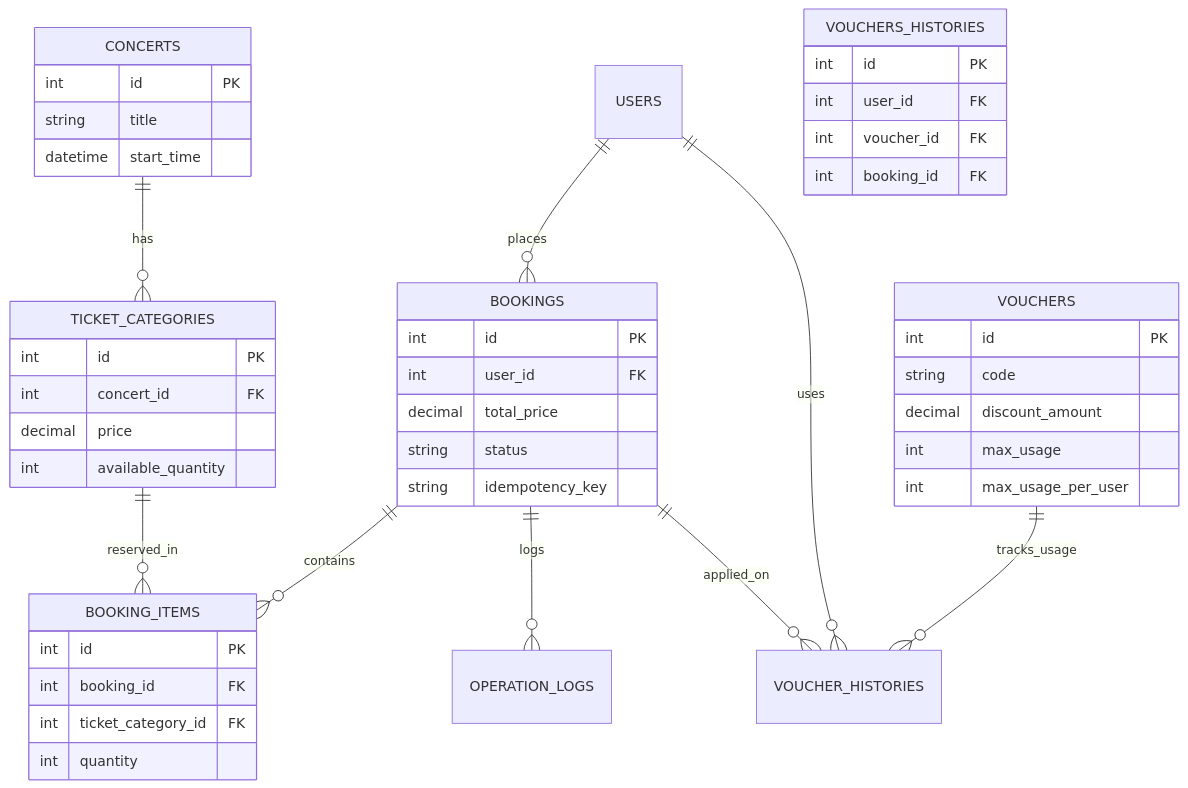
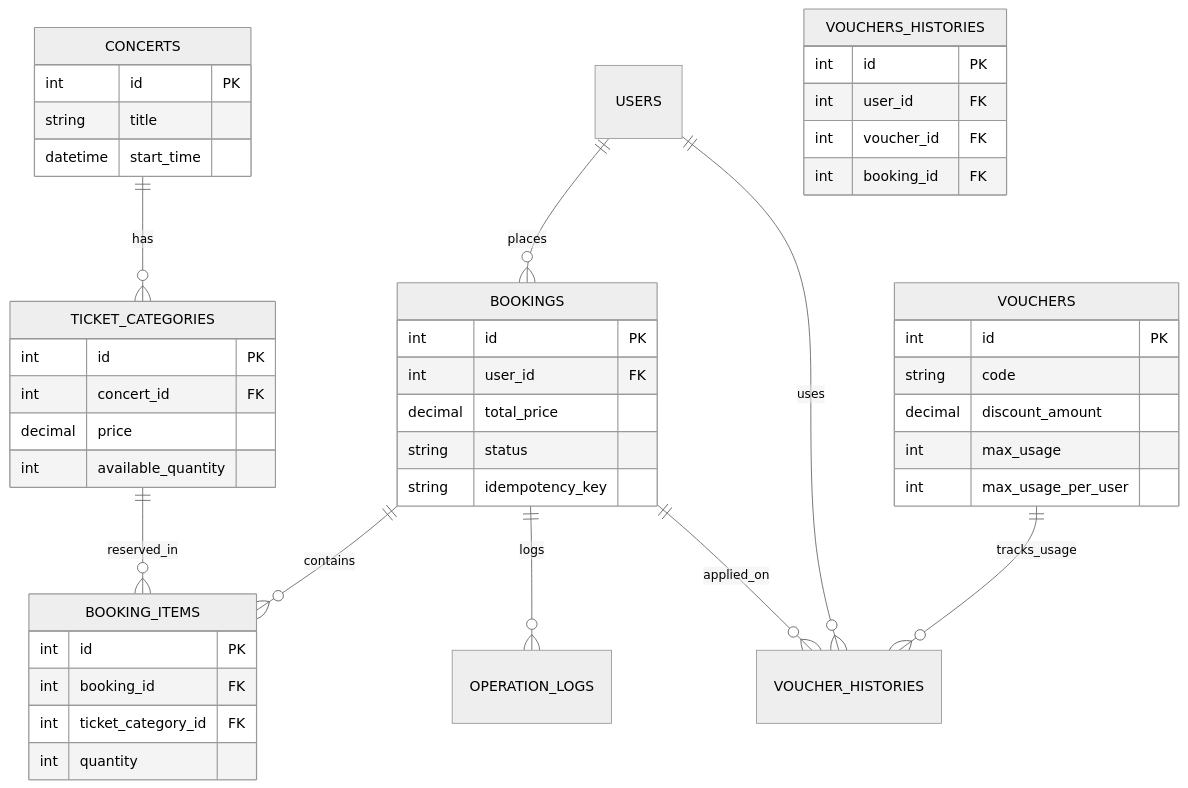
Before and after one commit to trungksdoa/Tech-Assessment: the second of 2 diagrams in README.md, drawn with Mermaid. The commit also changed other lines of this file and 2 other files, not shown here.

Commit message:
change color diagram

````diff
--- a/README.md
+++ b/README.md
@@ -58,54 +59,55 @@
 ```mermaid
+%%{init: {'theme': 'neutral'}}%%
 erDiagram
     CONCERTS ||--o{ TICKET_CATEGORIES : "has"
     USERS ||--o{ BOOKINGS : "places"
     BOOKINGS ||--o{ BOOKING_ITEMS : "contains"
     TICKET_CATEGORIES ||--o{ BOOKING_ITEMS : "reserved_in"
     VOUCHERS ||--o{ VOUCHER_HISTORIES : "tracks_usage"
     USERS ||--o{ VOUCHER_HISTORIES : "uses"
     BOOKINGS ||--o{ VOUCHER_HISTORIES : "applied_on"
     BOOKINGS ||--o{ OPERATION_LOGS : "logs"
 
     CONCERTS {
         int id PK
         string title
         datetime start_time
     }
     
     TICKET_CATEGORIES {
         int id PK
         int concert_id FK
         decimal price
         int available_quantity
     }
     
     BOOKINGS {
         int id PK
         int user_id FK
         decimal total_price
         string status
         string idempotency_key
     }
     
     BOOKING_ITEMS {
         int id PK
         int booking_id FK
         int ticket_category_id FK
         int quantity
     }
     
     VOUCHERS {
         int id PK
         string code
         decimal discount_amount
         int max_usage
         int max_usage_per_user
     }
     
     VOUCHERS_HISTORIES {
         int id PK
         int user_id FK
         int voucher_id FK
         int booking_id FK
     }
 ```
````
